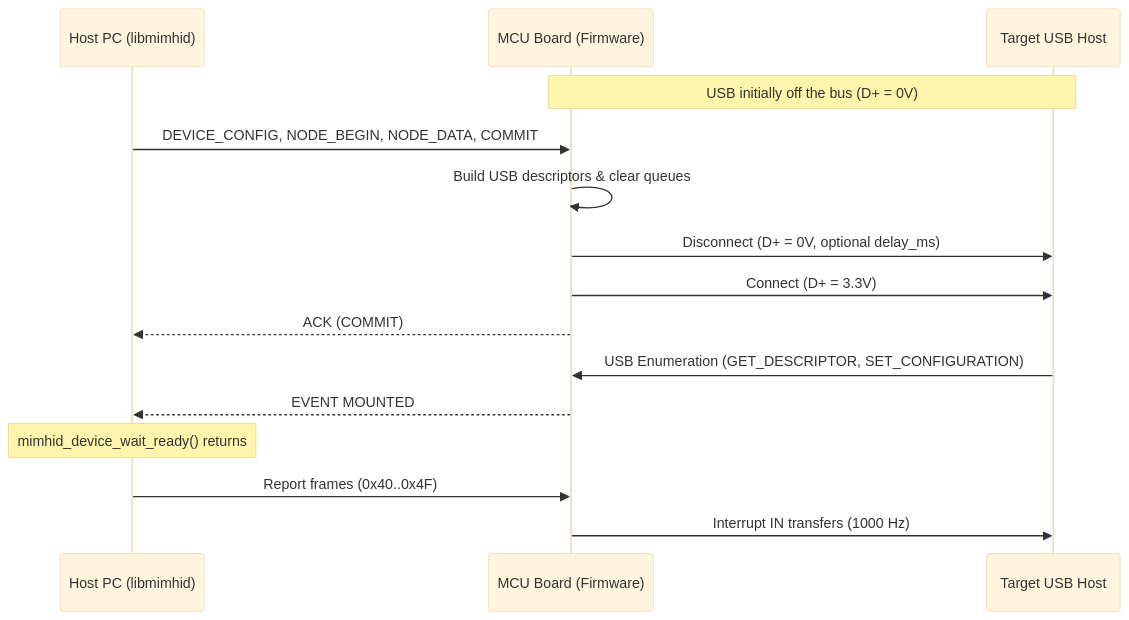
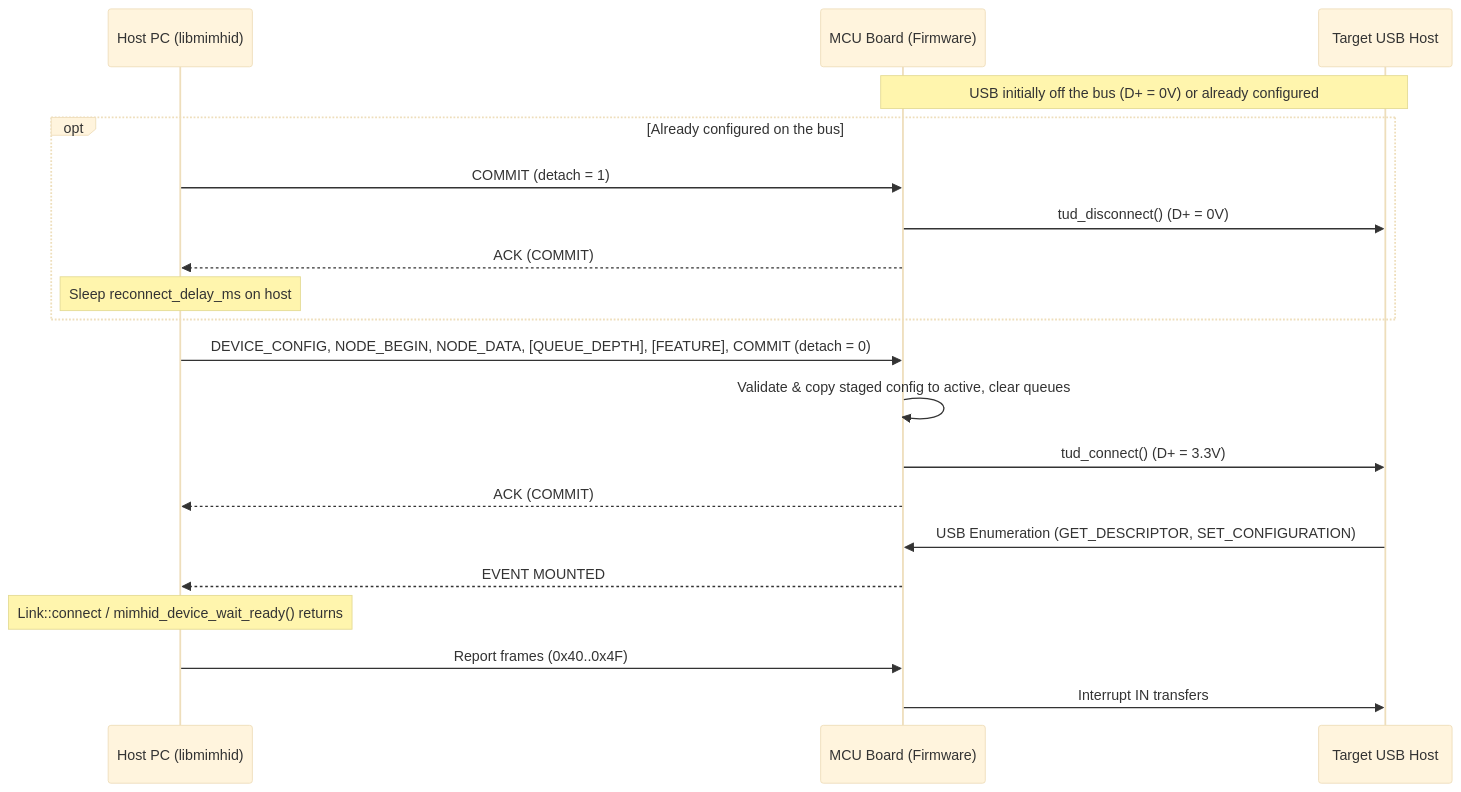
Before and after one commit to nemarpuc/libmimhid: the second of 2 diagrams in docs/ARCHITECTURE.md, drawn with Mermaid (base theme). The commit also changed other lines of this file and 3 other files, not shown here.

````diff
--- a/docs/ARCHITECTURE.md
+++ b/docs/ARCHITECTURE.md
@@ -69,18 +72,23 @@
 ```mermaid
 sequenceDiagram
     participant Host as Host PC (libmimhid)
     participant Board as MCU Board (Firmware)
     participant Target as Target USB Host
 
-    Note over Board,Target: USB initially off the bus (D+ = 0V)
-    Host->>Board: DEVICE_CONFIG, NODE_BEGIN, NODE_DATA, COMMIT
-    Board->>Board: Build USB descriptors & clear queues
-    Board->>Target: Disconnect (D+ = 0V, optional delay_ms)
-    Board->>Target: Connect (D+ = 3.3V)
+    Note over Board,Target: USB initially off the bus (D+ = 0V) or already configured
+    opt Already configured on the bus
+        Host->>Board: COMMIT (detach = 1)
+        Board->>Target: tud_disconnect() (D+ = 0V)
+        Board-->>Host: ACK (COMMIT)
+        Note over Host: Sleep reconnect_delay_ms on host
+    end
+    Host->>Board: DEVICE_CONFIG, NODE_BEGIN, NODE_DATA, [QUEUE_DEPTH], [FEATURE], COMMIT (detach = 0)
+    Board->>Board: Validate & copy staged config to active, clear queues
+    Board->>Target: tud_connect() (D+ = 3.3V)
     Board-->>Host: ACK (COMMIT)
     Target->>Board: USB Enumeration (GET_DESCRIPTOR, SET_CONFIGURATION)
     Board-->>Host: EVENT MOUNTED
-    Note over Host: mimhid_device_wait_ready() returns
+    Note over Host: Link::connect / mimhid_device_wait_ready() returns
     Host->>Board: Report frames (0x40..0x4F)
-    Board->>Target: Interrupt IN transfers (1000 Hz)
+    Board->>Target: Interrupt IN transfers
 ```
````
